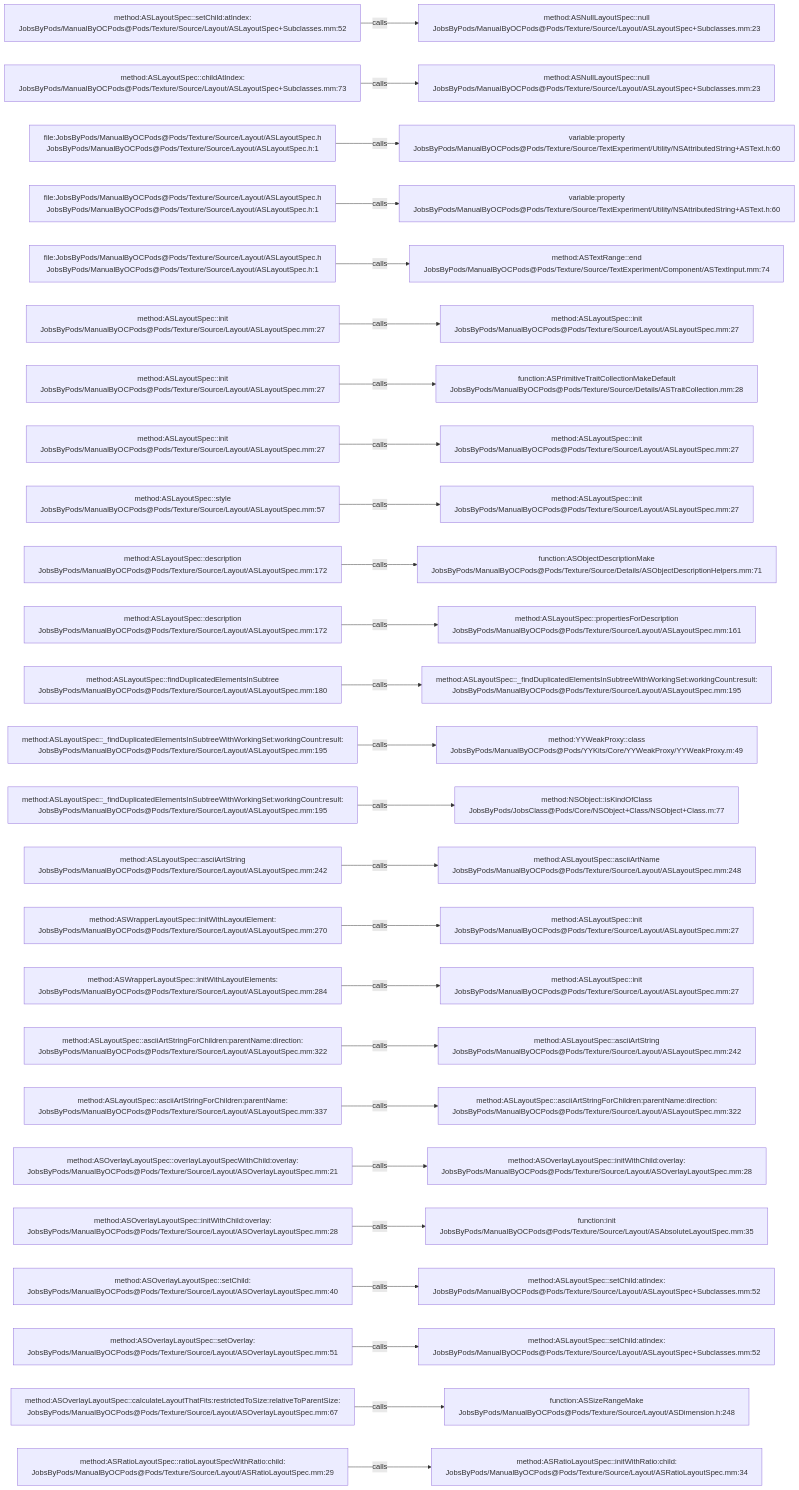
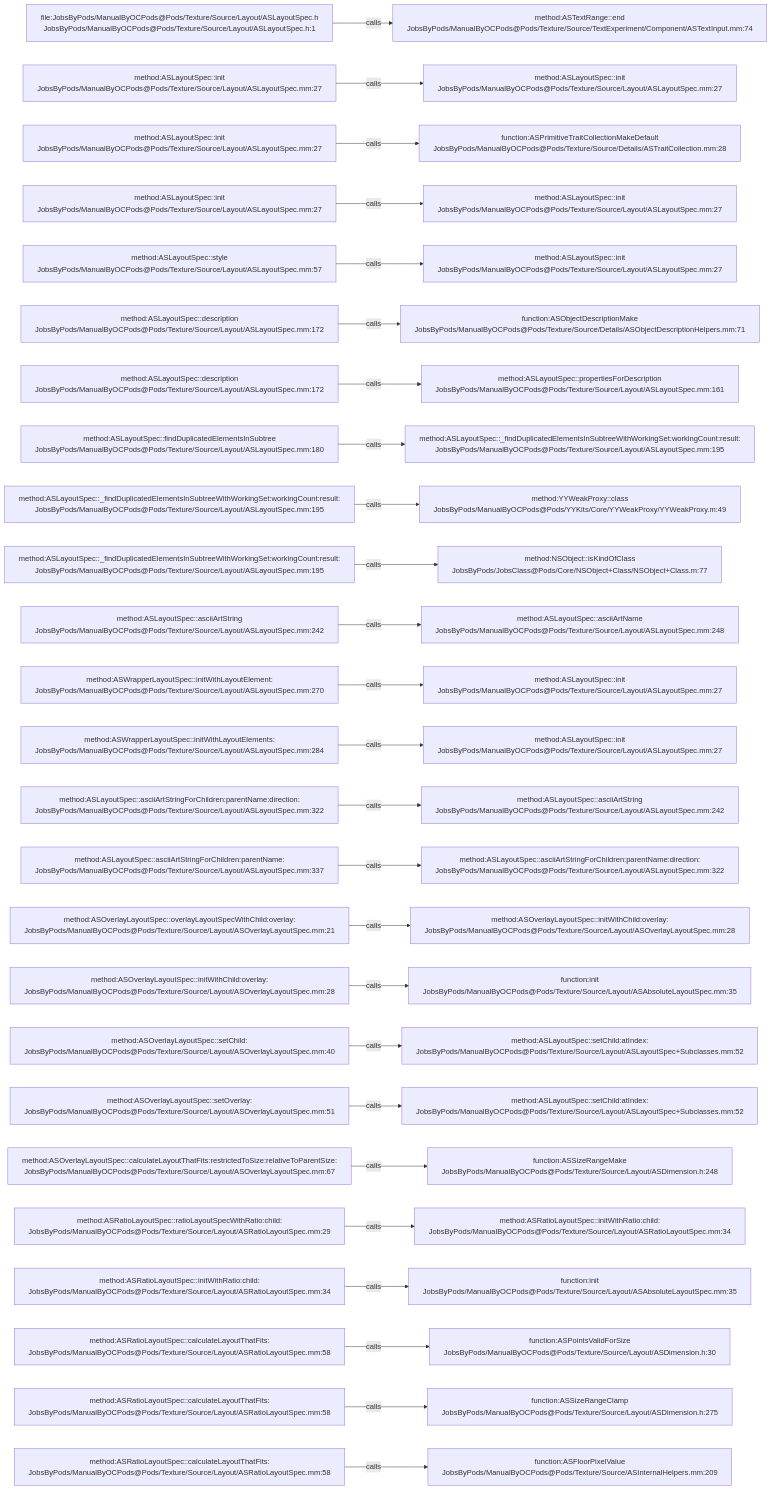
One commit to JobsKits/JobsOCBaseConfigDemo changed the diagram in .codegraph/codegraph.md/graphs/calls-179.md. Above: the diagram before and after it, drawn with Mermaid. The commit also changed 727 other files, not shown here.

````diff
--- a/.codegraph/codegraph.md/graphs/calls-179.md
+++ b/.codegraph/codegraph.md/graphs/calls-179.md
@@ -13,78 +13,78 @@
 ```mermaid
 flowchart LR
-  S1["method:ASLayoutSpec::setChild:atIndex:<br/>JobsByPods/ManualByOCPods@Pods/Texture/Source/Layout/ASLayoutSpec+Subclasses.mm:52"]
-  T1["method:ASNullLayoutSpec::null<br/>JobsByPods/ManualByOCPods@Pods/Texture/Source/Layout/ASLayoutSpec+Subclasses.mm:23"]
+  S1["file:JobsByPods/ManualByOCPods@Pods/Texture/Source/Layout/ASLayoutSpec.h<br/>JobsByPods/ManualByOCPods@Pods/Texture/Source/Layout/ASLayoutSpec.h:1"]
+  T1["method:ASTextRange::end<br/>JobsByPods/ManualByOCPods@Pods/Texture/Source/TextExperiment/Component/ASTextInput.mm:74"]
   S1 -->|calls| T1
-  S2["method:ASLayoutSpec::childAtIndex:<br/>JobsByPods/ManualByOCPods@Pods/Texture/Source/Layout/ASLayoutSpec+Subclasses.mm:73"]
-  T2["method:ASNullLayoutSpec::null<br/>JobsByPods/ManualByOCPods@Pods/Texture/Source/Layout/ASLayoutSpec+Subclasses.mm:23"]
+  S2["method:ASLayoutSpec::init<br/>JobsByPods/ManualByOCPods@Pods/Texture/Source/Layout/ASLayoutSpec.mm:27"]
+  T2["method:ASLayoutSpec::init<br/>JobsByPods/ManualByOCPods@Pods/Texture/Source/Layout/ASLayoutSpec.mm:27"]
   S2 -->|calls| T2
-  S3["file:JobsByPods/ManualByOCPods@Pods/Texture/Source/Layout/ASLayoutSpec.h<br/>JobsByPods/ManualByOCPods@Pods/Texture/Source/Layout/ASLayoutSpec.h:1"]
-  T3["variable:property<br/>JobsByPods/ManualByOCPods@Pods/Texture/Source/TextExperiment/Utility/NSAttributedString+ASText.h:60"]
+  S3["method:ASLayoutSpec::init<br/>JobsByPods/ManualByOCPods@Pods/Texture/Source/Layout/ASLayoutSpec.mm:27"]
+  T3["function:ASPrimitiveTraitCollectionMakeDefault<br/>JobsByPods/ManualByOCPods@Pods/Texture/Source/Details/ASTraitCollection.mm:28"]
   S3 -->|calls| T3
-  S4["file:JobsByPods/ManualByOCPods@Pods/Texture/Source/Layout/ASLayoutSpec.h<br/>JobsByPods/ManualByOCPods@Pods/Texture/Source/Layout/ASLayoutSpec.h:1"]
-  T4["variable:property<br/>JobsByPods/ManualByOCPods@Pods/Texture/Source/TextExperiment/Utility/NSAttributedString+ASText.h:60"]
+  S4["method:ASLayoutSpec::init<br/>JobsByPods/ManualByOCPods@Pods/Texture/Source/Layout/ASLayoutSpec.mm:27"]
+  T4["method:ASLayoutSpec::init<br/>JobsByPods/ManualByOCPods@Pods/Texture/Source/Layout/ASLayoutSpec.mm:27"]
   S4 -->|calls| T4
-  S5["file:JobsByPods/ManualByOCPods@Pods/Texture/Source/Layout/ASLayoutSpec.h<br/>JobsByPods/ManualByOCPods@Pods/Texture/Source/Layout/ASLayoutSpec.h:1"]
-  T5["method:ASTextRange::end<br/>JobsByPods/ManualByOCPods@Pods/Texture/Source/TextExperiment/Component/ASTextInput.mm:74"]
+  S5["method:ASLayoutSpec::style<br/>JobsByPods/ManualByOCPods@Pods/Texture/Source/Layout/ASLayoutSpec.mm:57"]
+  T5["method:ASLayoutSpec::init<br/>JobsByPods/ManualByOCPods@Pods/Texture/Source/Layout/ASLayoutSpec.mm:27"]
   S5 -->|calls| T5
-  S6["method:ASLayoutSpec::init<br/>JobsByPods/ManualByOCPods@Pods/Texture/Source/Layout/ASLayoutSpec.mm:27"]
-  T6["method:ASLayoutSpec::init<br/>JobsByPods/ManualByOCPods@Pods/Texture/Source/Layout/ASLayoutSpec.mm:27"]
+  S6["method:ASLayoutSpec::description<br/>JobsByPods/ManualByOCPods@Pods/Texture/Source/Layout/ASLayoutSpec.mm:172"]
+  T6["function:ASObjectDescriptionMake<br/>JobsByPods/ManualByOCPods@Pods/Texture/Source/Details/ASObjectDescriptionHelpers.mm:71"]
   S6 -->|calls| T6
-  S7["method:ASLayoutSpec::init<br/>JobsByPods/ManualByOCPods@Pods/Texture/Source/Layout/ASLayoutSpec.mm:27"]
-  T7["function:ASPrimitiveTraitCollectionMakeDefault<br/>JobsByPods/ManualByOCPods@Pods/Texture/Source/Details/ASTraitCollection.mm:28"]
+  S7["method:ASLayoutSpec::description<br/>JobsByPods/ManualByOCPods@Pods/Texture/Source/Layout/ASLayoutSpec.mm:172"]
+  T7["method:ASLayoutSpec::propertiesForDescription<br/>JobsByPods/ManualByOCPods@Pods/Texture/Source/Layout/ASLayoutSpec.mm:161"]
   S7 -->|calls| T7
-  S8["method:ASLayoutSpec::init<br/>JobsByPods/ManualByOCPods@Pods/Texture/Source/Layout/ASLayoutSpec.mm:27"]
-  T8["method:ASLayoutSpec::init<br/>JobsByPods/ManualByOCPods@Pods/Texture/Source/Layout/ASLayoutSpec.mm:27"]
+  S8["method:ASLayoutSpec::findDuplicatedElementsInSubtree<br/>JobsByPods/ManualByOCPods@Pods/Texture/Source/Layout/ASLayoutSpec.mm:180"]
+  T8["method:ASLayoutSpec::_findDuplicatedElementsInSubtreeWithWorkingSet:workingCount:result:<br/>JobsByPods/ManualByOCPods@Pods/Texture/Source/Layout/ASLayoutSpec.mm:195"]
   S8 -->|calls| T8
-  S9["method:ASLayoutSpec::style<br/>JobsByPods/ManualByOCPods@Pods/Texture/Source/Layout/ASLayoutSpec.mm:57"]
-  T9["method:ASLayoutSpec::init<br/>JobsByPods/ManualByOCPods@Pods/Texture/Source/Layout/ASLayoutSpec.mm:27"]
+  S9["method:ASLayoutSpec::_findDuplicatedElementsInSubtreeWithWorkingSet:workingCount:result:<br/>JobsByPods/ManualByOCPods@Pods/Texture/Source/Layout/ASLayoutSpec.mm:195"]
+  T9["method:YYWeakProxy::class<br/>JobsByPods/ManualByOCPods@Pods/YYKits/Core/YYWeakProxy/YYWeakProxy.m:49"]
   S9 -->|calls| T9
-  S10["method:ASLayoutSpec::description<br/>JobsByPods/ManualByOCPods@Pods/Texture/Source/Layout/ASLayoutSpec.mm:172"]
-  T10["function:ASObjectDescriptionMake<br/>JobsByPods/ManualByOCPods@Pods/Texture/Source/Details/ASObjectDescriptionHelpers.mm:71"]
+  S10["method:ASLayoutSpec::_findDuplicatedElementsInSubtreeWithWorkingSet:workingCount:result:<br/>JobsByPods/ManualByOCPods@Pods/Texture/Source/Layout/ASLayoutSpec.mm:195"]
+  T10["method:NSObject::isKindOfClass<br/>JobsByPods/JobsClass@Pods/Core/NSObject+Class/NSObject+Class.m:77"]
   S10 -->|calls| T10
-  S11["method:ASLayoutSpec::description<br/>JobsByPods/ManualByOCPods@Pods/Texture/Source/Layout/ASLayoutSpec.mm:172"]
-  T11["method:ASLayoutSpec::propertiesForDescription<br/>JobsByPods/ManualByOCPods@Pods/Texture/Source/Layout/ASLayoutSpec.mm:161"]
+  S11["method:ASLayoutSpec::asciiArtString<br/>JobsByPods/ManualByOCPods@Pods/Texture/Source/Layout/ASLayoutSpec.mm:242"]
+  T11["method:ASLayoutSpec::asciiArtName<br/>JobsByPods/ManualByOCPods@Pods/Texture/Source/Layout/ASLayoutSpec.mm:248"]
   S11 -->|calls| T11
-  S12["method:ASLayoutSpec::findDuplicatedElementsInSubtree<br/>JobsByPods/ManualByOCPods@Pods/Texture/Source/Layout/ASLayoutSpec.mm:180"]
-  T12["method:ASLayoutSpec::_findDuplicatedElementsInSubtreeWithWorkingSet:workingCount:result:<br/>JobsByPods/ManualByOCPods@Pods/Texture/Source/Layout/ASLayoutSpec.mm:195"]
+  S12["method:ASWrapperLayoutSpec::initWithLayoutElement:<br/>JobsByPods/ManualByOCPods@Pods/Texture/Source/Layout/ASLayoutSpec.mm:270"]
+  T12["method:ASLayoutSpec::init<br/>JobsByPods/ManualByOCPods@Pods/Texture/Source/Layout/ASLayoutSpec.mm:27"]
   S12 -->|calls| T12
-  S13["method:ASLayoutSpec::_findDuplicatedElementsInSubtreeWithWorkingSet:workingCount:result:<br/>JobsByPods/ManualByOCPods@Pods/Texture/Source/Layout/ASLayoutSpec.mm:195"]
-  T13["method:YYWeakProxy::class<br/>JobsByPods/ManualByOCPods@Pods/YYKits/Core/YYWeakProxy/YYWeakProxy.m:49"]
+  S13["method:ASWrapperLayoutSpec::initWithLayoutElements:<br/>JobsByPods/ManualByOCPods@Pods/Texture/Source/Layout/ASLayoutSpec.mm:284"]
+  T13["method:ASLayoutSpec::init<br/>JobsByPods/ManualByOCPods@Pods/Texture/Source/Layout/ASLayoutSpec.mm:27"]
   S13 -->|calls| T13
-  S14["method:ASLayoutSpec::_findDuplicatedElementsInSubtreeWithWorkingSet:workingCount:result:<br/>JobsByPods/ManualByOCPods@Pods/Texture/Source/Layout/ASLayoutSpec.mm:195"]
-  T14["method:NSObject::isKindOfClass<br/>JobsByPods/JobsClass@Pods/Core/NSObject+Class/NSObject+Class.m:77"]
+  S14["method:ASLayoutSpec::asciiArtStringForChildren:parentName:direction:<br/>JobsByPods/ManualByOCPods@Pods/Texture/Source/Layout/ASLayoutSpec.mm:322"]
+  T14["method:ASLayoutSpec::asciiArtString<br/>JobsByPods/ManualByOCPods@Pods/Texture/Source/Layout/ASLayoutSpec.mm:242"]
   S14 -->|calls| T14
-  S15["method:ASLayoutSpec::asciiArtString<br/>JobsByPods/ManualByOCPods@Pods/Texture/Source/Layout/ASLayoutSpec.mm:242"]
-  T15["method:ASLayoutSpec::asciiArtName<br/>JobsByPods/ManualByOCPods@Pods/Texture/Source/Layout/ASLayoutSpec.mm:248"]
+  S15["method:ASLayoutSpec::asciiArtStringForChildren:parentName:<br/>JobsByPods/ManualByOCPods@Pods/Texture/Source/Layout/ASLayoutSpec.mm:337"]
+  T15["method:ASLayoutSpec::asciiArtStringForChildren:parentName:direction:<br/>JobsByPods/ManualByOCPods@Pods/Texture/Source/Layout/ASLayoutSpec.mm:322"]
   S15 -->|calls| T15
-  S16["method:ASWrapperLayoutSpec::initWithLayoutElement:<br/>JobsByPods/ManualByOCPods@Pods/Texture/Source/Layout/ASLayoutSpec.mm:270"]
-  T16["method:ASLayoutSpec::init<br/>JobsByPods/ManualByOCPods@Pods/Texture/Source/Layout/ASLayoutSpec.mm:27"]
+  S16["method:ASOverlayLayoutSpec::overlayLayoutSpecWithChild:overlay:<br/>JobsByPods/ManualByOCPods@Pods/Texture/Source/Layout/ASOverlayLayoutSpec.mm:21"]
+  T16["method:ASOverlayLayoutSpec::initWithChild:overlay:<br/>JobsByPods/ManualByOCPods@Pods/Texture/Source/Layout/ASOverlayLayoutSpec.mm:28"]
   S16 -->|calls| T16
-  S17["method:ASWrapperLayoutSpec::initWithLayoutElements:<br/>JobsByPods/ManualByOCPods@Pods/Texture/Source/Layout/ASLayoutSpec.mm:284"]
-  T17["method:ASLayoutSpec::init<br/>JobsByPods/ManualByOCPods@Pods/Texture/Source/Layout/ASLayoutSpec.mm:27"]
+  S17["method:ASOverlayLayoutSpec::initWithChild:overlay:<br/>JobsByPods/ManualByOCPods@Pods/Texture/Source/Layout/ASOverlayLayoutSpec.mm:28"]
+  T17["function:init<br/>JobsByPods/ManualByOCPods@Pods/Texture/Source/Layout/ASAbsoluteLayoutSpec.mm:35"]
   S17 -->|calls| T17
-  S18["method:ASLayoutSpec::asciiArtStringForChildren:parentName:direction:<br/>JobsByPods/ManualByOCPods@Pods/Texture/Source/Layout/ASLayoutSpec.mm:322"]
-  T18["method:ASLayoutSpec::asciiArtString<br/>JobsByPods/ManualByOCPods@Pods/Texture/Source/Layout/ASLayoutSpec.mm:242"]
+  S18["method:ASOverlayLayoutSpec::setChild:<br/>JobsByPods/ManualByOCPods@Pods/Texture/Source/Layout/ASOverlayLayoutSpec.mm:40"]
+  T18["method:ASLayoutSpec::setChild:atIndex:<br/>JobsByPods/ManualByOCPods@Pods/Texture/Source/Layout/ASLayoutSpec+Subclasses.mm:52"]
   S18 -->|calls| T18
-  S19["method:ASLayoutSpec::asciiArtStringForChildren:parentName:<br/>JobsByPods/ManualByOCPods@Pods/Texture/Source/Layout/ASLayoutSpec.mm:337"]
-  T19["method:ASLayoutSpec::asciiArtStringForChildren:parentName:direction:<br/>JobsByPods/ManualByOCPods@Pods/Texture/Source/Layout/ASLayoutSpec.mm:322"]
+  S19["method:ASOverlayLayoutSpec::setOverlay:<br/>JobsByPods/ManualByOCPods@Pods/Texture/Source/Layout/ASOverlayLayoutSpec.mm:51"]
+  T19["method:ASLayoutSpec::setChild:atIndex:<br/>JobsByPods/ManualByOCPods@Pods/Texture/Source/Layout/ASLayoutSpec+Subclasses.mm:52"]
   S19 -->|calls| T19
-  S20["method:ASOverlayLayoutSpec::overlayLayoutSpecWithChild:overlay:<br/>JobsByPods/ManualByOCPods@Pods/Texture/Source/Layout/ASOverlayLayoutSpec.mm:21"]
-  T20["method:ASOverlayLayoutSpec::initWithChild:overlay:<br/>JobsByPods/ManualByOCPods@Pods/Texture/Source/Layout/ASOverlayLayoutSpec.mm:28"]
+  S20["method:ASOverlayLayoutSpec::calculateLayoutThatFits:restrictedToSize:relativeToParentSize:<br/>JobsByPods/ManualByOCPods@Pods/Texture/Source/Layout/ASOverlayLayoutSpec.mm:67"]
+  T20["function:ASSizeRangeMake<br/>JobsByPods/ManualByOCPods@Pods/Texture/Source/Layout/ASDimension.h:248"]
   S20 -->|calls| T20
-  S21["method:ASOverlayLayoutSpec::initWithChild:overlay:<br/>JobsByPods/ManualByOCPods@Pods/Texture/Source/Layout/ASOverlayLayoutSpec.mm:28"]
-  T21["function:init<br/>JobsByPods/ManualByOCPods@Pods/Texture/Source/Layout/ASAbsoluteLayoutSpec.mm:35"]
+  S21["method:ASRatioLayoutSpec::ratioLayoutSpecWithRatio:child:<br/>JobsByPods/ManualByOCPods@Pods/Texture/Source/Layout/ASRatioLayoutSpec.mm:29"]
+  T21["method:ASRatioLayoutSpec::initWithRatio:child:<br/>JobsByPods/ManualByOCPods@Pods/Texture/Source/Layout/ASRatioLayoutSpec.mm:34"]
   S21 -->|calls| T21
-  S22["method:ASOverlayLayoutSpec::setChild:<br/>JobsByPods/ManualByOCPods@Pods/Texture/Source/Layout/ASOverlayLayoutSpec.mm:40"]
-  T22["method:ASLayoutSpec::setChild:atIndex:<br/>JobsByPods/ManualByOCPods@Pods/Texture/Source/Layout/ASLayoutSpec+Subclasses.mm:52"]
+  S22["method:ASRatioLayoutSpec::initWithRatio:child:<br/>JobsByPods/ManualByOCPods@Pods/Texture/Source/Layout/ASRatioLayoutSpec.mm:34"]
+  T22["function:init<br/>JobsByPods/ManualByOCPods@Pods/Texture/Source/Layout/ASAbsoluteLayoutSpec.mm:35"]
   S22 -->|calls| T22
-  S23["method:ASOverlayLayoutSpec::setOverlay:<br/>JobsByPods/ManualByOCPods@Pods/Texture/Source/Layout/ASOverlayLayoutSpec.mm:51"]
-  T23["method:ASLayoutSpec::setChild:atIndex:<br/>JobsByPods/ManualByOCPods@Pods/Texture/Source/Layout/ASLayoutSpec+Subclasses.mm:52"]
+  S23["method:ASRatioLayoutSpec::calculateLayoutThatFits:<br/>JobsByPods/ManualByOCPods@Pods/Texture/Source/Layout/ASRatioLayoutSpec.mm:58"]
+  T23["function:ASPointsValidForSize<br/>JobsByPods/ManualByOCPods@Pods/Texture/Source/Layout/ASDimension.h:30"]
   S23 -->|calls| T23
-  S24["method:ASOverlayLayoutSpec::calculateLayoutThatFits:restrictedToSize:relativeToParentSize:<br/>JobsByPods/ManualByOCPods@Pods/Texture/Source/Layout/ASOverlayLayoutSpec.mm:67"]
-  T24["function:ASSizeRangeMake<br/>JobsByPods/ManualByOCPods@Pods/Texture/Source/Layout/ASDimension.h:248"]
+  S24["method:ASRatioLayoutSpec::calculateLayoutThatFits:<br/>JobsByPods/ManualByOCPods@Pods/Texture/Source/Layout/ASRatioLayoutSpec.mm:58"]
+  T24["function:ASSizeRangeClamp<br/>JobsByPods/ManualByOCPods@Pods/Texture/Source/Layout/ASDimension.h:275"]
   S24 -->|calls| T24
-  S25["method:ASRatioLayoutSpec::ratioLayoutSpecWithRatio:child:<br/>JobsByPods/ManualByOCPods@Pods/Texture/Source/Layout/ASRatioLayoutSpec.mm:29"]
-  T25["method:ASRatioLayoutSpec::initWithRatio:child:<br/>JobsByPods/ManualByOCPods@Pods/Texture/Source/Layout/ASRatioLayoutSpec.mm:34"]
+  S25["method:ASRatioLayoutSpec::calculateLayoutThatFits:<br/>JobsByPods/ManualByOCPods@Pods/Texture/Source/Layout/ASRatioLayoutSpec.mm:58"]
+  T25["function:ASFloorPixelValue<br/>JobsByPods/ManualByOCPods@Pods/Texture/Source/ASInternalHelpers.mm:209"]
   S25 -->|calls| T25
 ```
````
